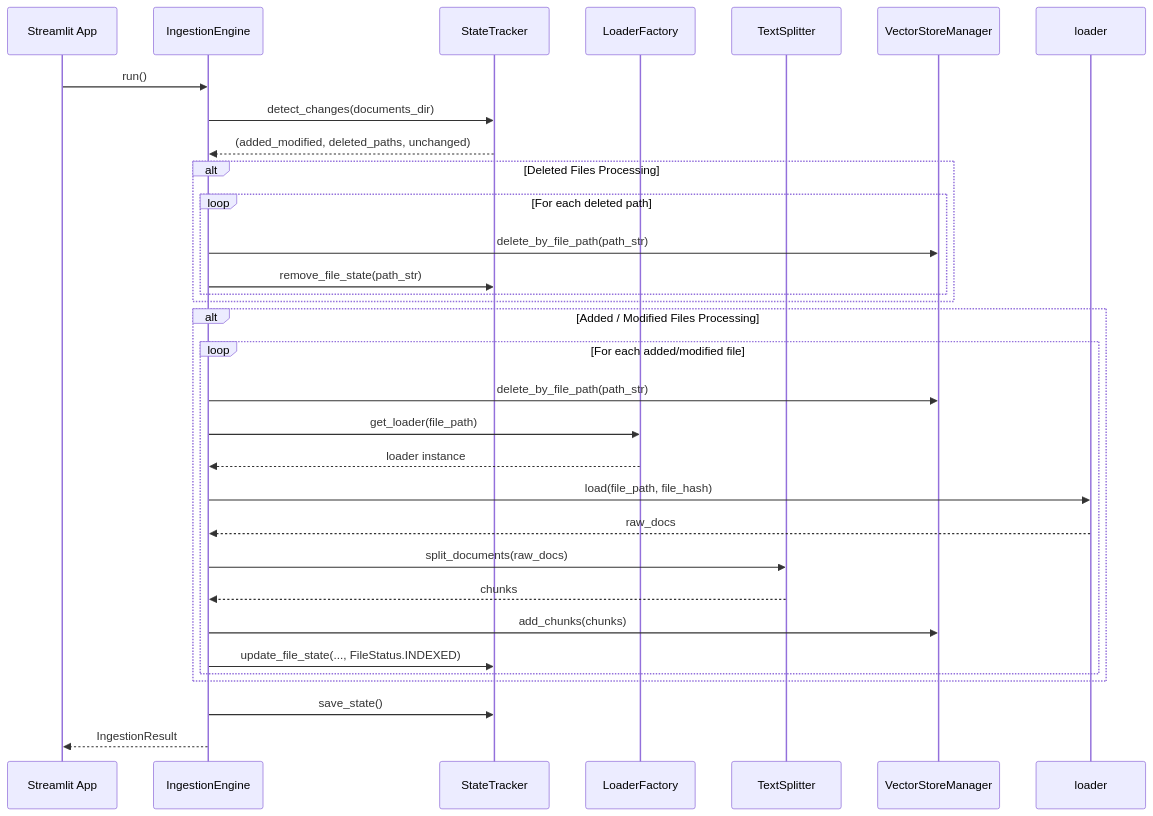
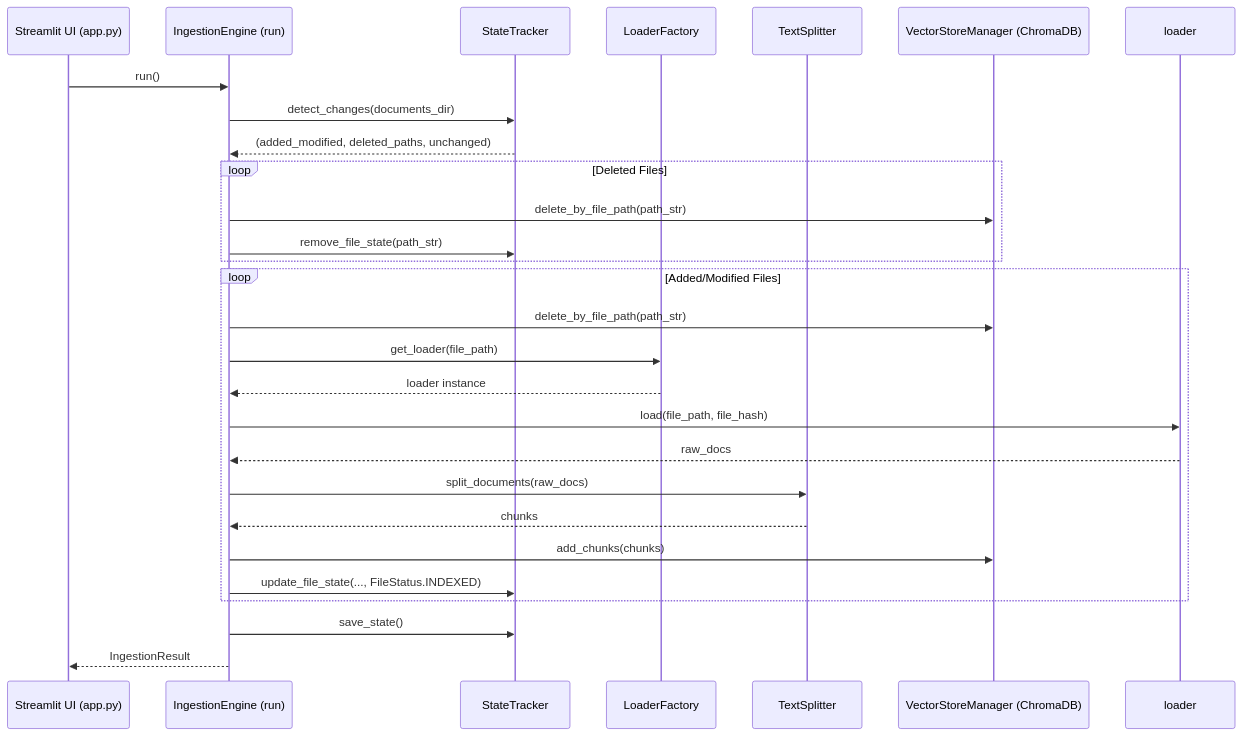
One commit to SarthakJain23/business_analyst_rag changed the diagram in src/core/ingestion/guidelines.md. Above: the diagram before and after it, drawn with Mermaid. The commit also changed other lines of this file and 14 other files, not shown here.

````diff
--- a/src/core/ingestion/guidelines.md
+++ b/src/core/ingestion/guidelines.md
@@ -144,37 +56,33 @@
 ```mermaid
 sequenceDiagram
-    participant App as Streamlit App
-    participant Engine as IngestionEngine
+    participant UI as Streamlit UI (app.py)
+    participant Engine as IngestionEngine (run)
     participant Tracker as StateTracker
     participant Factory as LoaderFactory
     participant Splitter as TextSplitter
-    participant Store as VectorStoreManager
+    participant DB as VectorStoreManager (ChromaDB)
 
-    App->>Engine: run()
+    UI->>Engine: run()
     Engine->>Tracker: detect_changes(documents_dir)
     Tracker-->>Engine: (added_modified, deleted_paths, unchanged)
 
-    alt Deleted Files Processing
-        loop For each deleted path
-            Engine->>Store: delete_by_file_path(path_str)
-            Engine->>Tracker: remove_file_state(path_str)
-        end
+    loop Deleted Files
+        Engine->>DB: delete_by_file_path(path_str)
+        Engine->>Tracker: remove_file_state(path_str)
     end
 
-    alt Added / Modified Files Processing
-        loop For each added/modified file
-            Engine->>Store: delete_by_file_path(path_str)
-            Engine->>Factory: get_loader(file_path)
-            Factory-->>Engine: loader instance
-            Engine->>loader: load(file_path, file_hash)
-            loader-->>Engine: raw_docs
-            Engine->>Splitter: split_documents(raw_docs)
-            Splitter-->>Engine: chunks
-            Engine->>Store: add_chunks(chunks)
-            Engine->>Tracker: update_file_state(..., FileStatus.INDEXED)
-        end
+    loop Added/Modified Files
+        Engine->>DB: delete_by_file_path(path_str)
+        Engine->>Factory: get_loader(file_path)
+        Factory-->>Engine: loader instance
+        Engine->>loader: load(file_path, file_hash)
+        loader-->>Engine: raw_docs
+        Engine->>Splitter: split_documents(raw_docs)
+        Splitter-->>Engine: chunks
+        Engine->>DB: add_chunks(chunks)
+        Engine->>Tracker: update_file_state(..., FileStatus.INDEXED)
     end
 
     Engine->>Tracker: save_state()
-    Engine-->>App: IngestionResult
+    Engine-->>UI: IngestionResult
 ```
````
